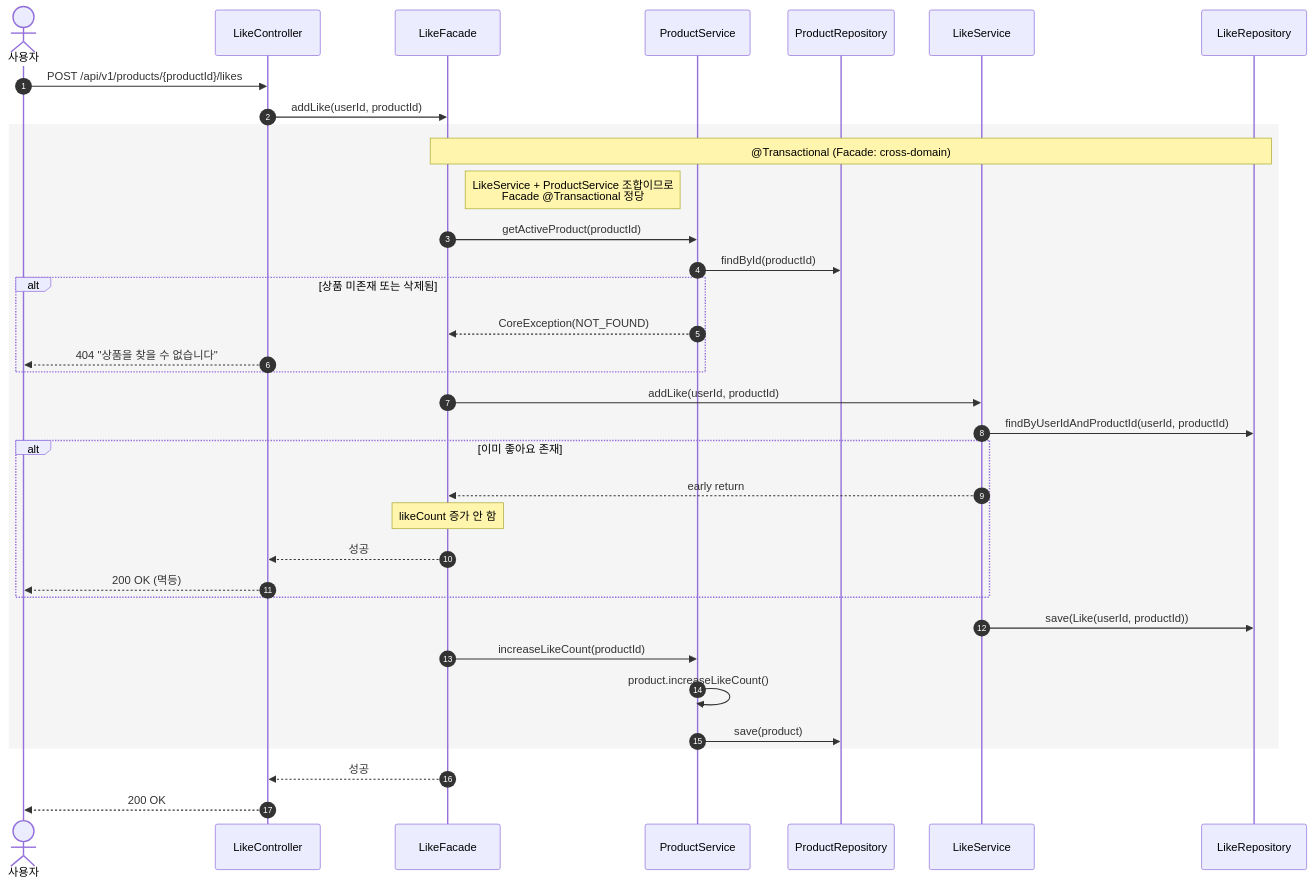
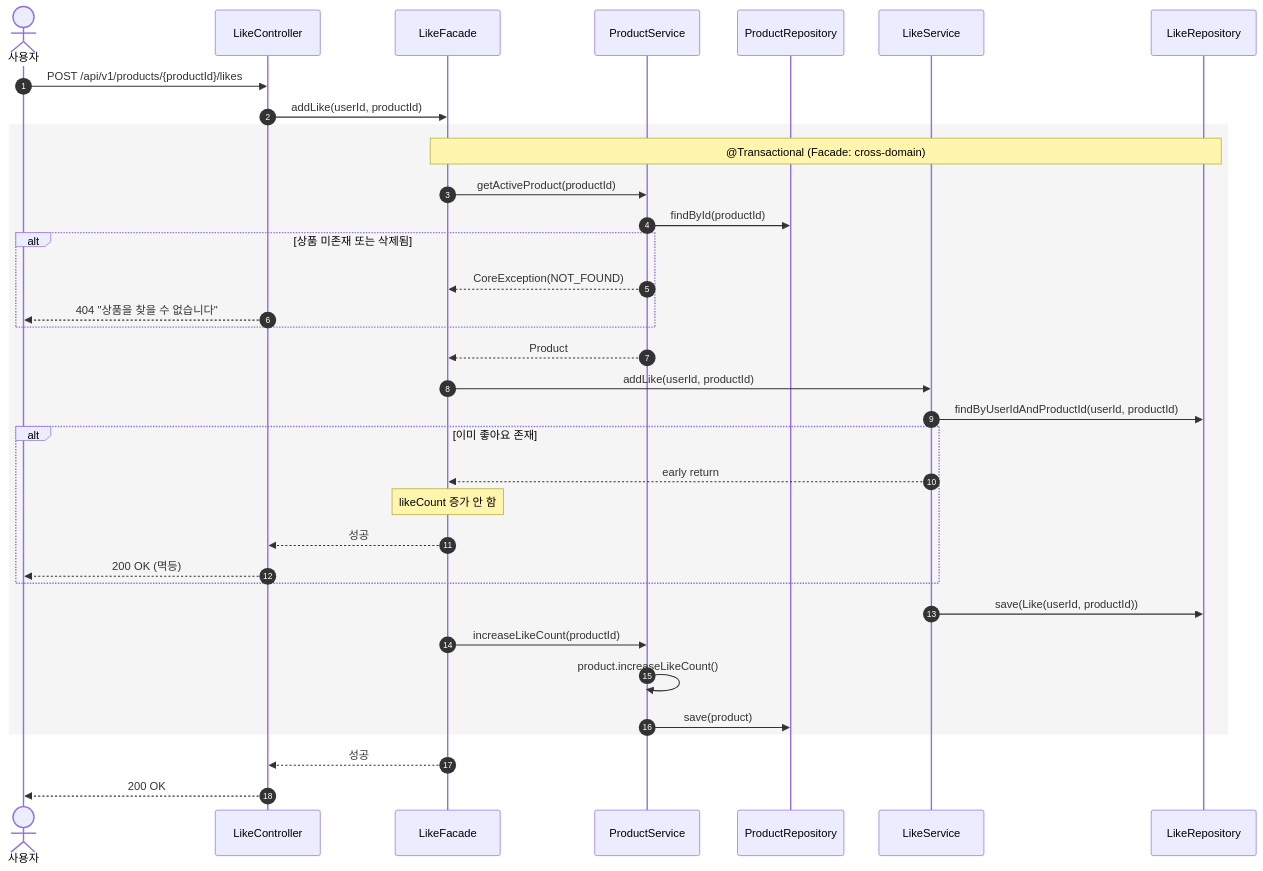
Before and after one commit to Loopers-dev-lab/loop-pack-be-l2-vol3-kotlin: diagram 14 of 21 in docs/design/02-sequence-diagrams.md, drawn with Mermaid. The commit also changed other lines of this file and 4 other files, not shown here.

````diff
--- a/docs/design/02-sequence-diagrams.md
+++ b/docs/design/02-sequence-diagrams.md
@@ -488,43 +489,43 @@
 ```mermaid
 sequenceDiagram
     autonumber
     actor User as 사용자
     participant C as LikeController
     participant F as LikeFacade
     participant PS as ProductService
     participant PR as ProductRepository
     participant LS as LikeService
     participant LR as LikeRepository
     User ->> C: POST /api/v1/products/{productId}/likes
     C ->> F: addLike(userId, productId)
 
     rect rgb(245, 245, 245)
         Note over F, LR: @Transactional (Facade: cross-domain)
-        Note right of F: LikeService + ProductService 조합이므로<br/>Facade @Transactional 정당
         F ->> PS: getActiveProduct(productId)
         PS ->> PR: findById(productId)
 
         alt 상품 미존재 또는 삭제됨
             PS -->> F: CoreException(NOT_FOUND)
             C -->> User: 404 "상품을 찾을 수 없습니다"
         end
 
+        PS -->> F: Product
         F ->> LS: addLike(userId, productId)
         LS ->> LR: findByUserIdAndProductId(userId, productId)
 
         alt 이미 좋아요 존재
             LS -->> F: early return
             Note over F: likeCount 증가 안 함
             F -->> C: 성공
             C -->> User: 200 OK (멱등)
         end
 
         LS ->> LR: save(Like(userId, productId))
         F ->> PS: increaseLikeCount(productId)
         PS ->> PS: product.increaseLikeCount()
         PS ->> PR: save(product)
     end
 
     F -->> C: 성공
     C -->> User: 200 OK
 ```
````
